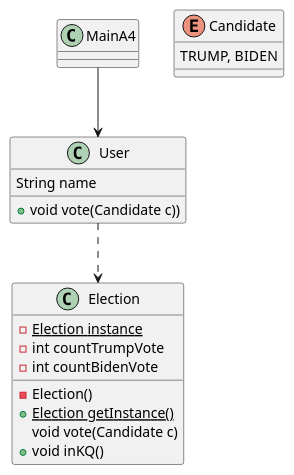
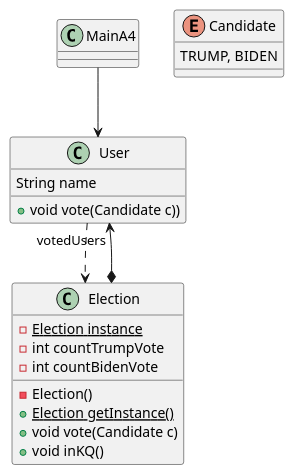
One commit to koha11/Software_Architecture_And_Design changed the diagram in src/creational/singleton/vote/vote_diagram.puml. Above: the diagram before and after it, drawn with PlantUML. The commit also changed 26 other files, not shown here.

```diff
--- a/src/creational/singleton/vote/vote_diagram.puml
+++ b/src/creational/singleton/vote/vote_diagram.puml
@@ -1,27 +1,29 @@
 @startuml
 
 class Election {
     - {static} Election instance
     - int countTrumpVote
     - int countBidenVote
     - Election()
     + {static} Election getInstance()
-    void vote(Candidate c)
+    + void vote(Candidate c)
     + void inKQ()
 }
 
 enum Candidate{
     TRUMP, BIDEN
 }
 
 class User {
     String name
     + void vote(Candidate c))
 }
 
 class MainA4
 
 User ..> Election
+User "votedUsers" <--* Election
 MainA4 --> User
 
+
 @enduml
```
